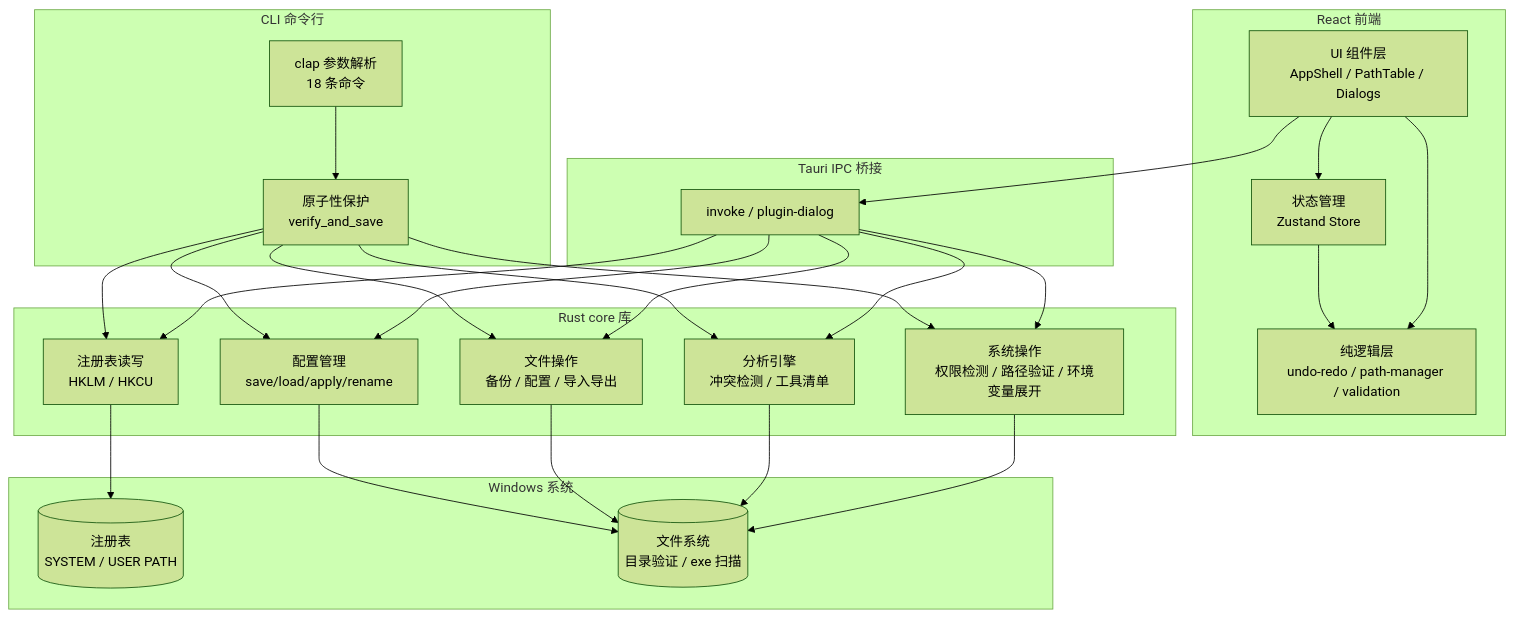
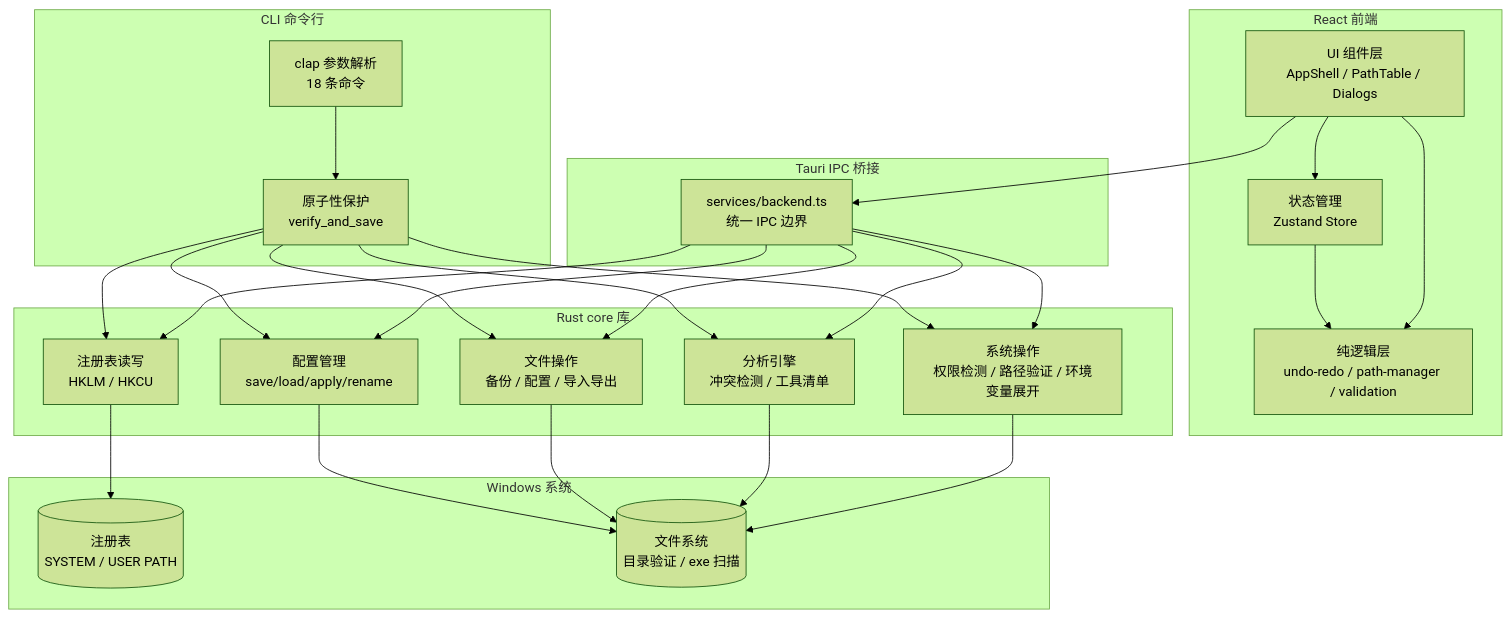
Before and after one commit to LHY0125/PathEditor: the first of 4 diagrams in README.md, drawn with Mermaid (forest theme). The commit also changed other lines of this file and 77 other files, not shown here.

````diff
--- a/README.md
+++ b/README.md
@@ -49,51 +49,51 @@
 ```mermaid
 graph TB
     subgraph 前端["React 前端"]
         UI[UI 组件层<br/>AppShell / PathTable / Dialogs]
         Store[状态管理<br/>Zustand Store]
         Core[纯逻辑层<br/>undo-redo / path-manager / validation]
         UI --> Store
         UI --> Core
         Store --> Core
     end
 
     subgraph CLI["CLI 命令行"]
         Clap[clap 参数解析<br/>18 条命令]
         Atomic[原子性保护<br/>verify_and_save]
     end
 
     subgraph IPC["Tauri IPC 桥接"]
-        invoke[invoke / plugin-dialog]
+        invoke[services/backend.ts<br/>统一 IPC 边界]
     end
 
     subgraph 后端["Rust core 库"]
         Registry[注册表读写<br/>HKLM / HKCU]
         System[系统操作<br/>权限检测 / 路径验证 / 环境变量展开]
         Files[文件操作<br/>备份 / 配置 / 导入导出]
         Scanner[分析引擎<br/>冲突检测 / 工具清单]
         Profiles[配置管理<br/>save/load/apply/rename]
     end
 
     subgraph Windows["Windows 系统"]
         Reg[(注册表<br/>SYSTEM / USER PATH)]
         FS[(文件系统<br/>目录验证 / exe 扫描)]
     end
 
     UI --> invoke
     invoke --> Registry
     invoke --> System
     invoke --> Files
     invoke --> Scanner
     invoke --> Profiles
     Clap --> Atomic
     Atomic --> Registry
     Atomic --> System
     Atomic --> Files
     Atomic --> Scanner
     Atomic --> Profiles
     Registry --> Reg
     System --> FS
     Scanner --> FS
     Files --> FS
     Profiles --> FS
 ```
````
